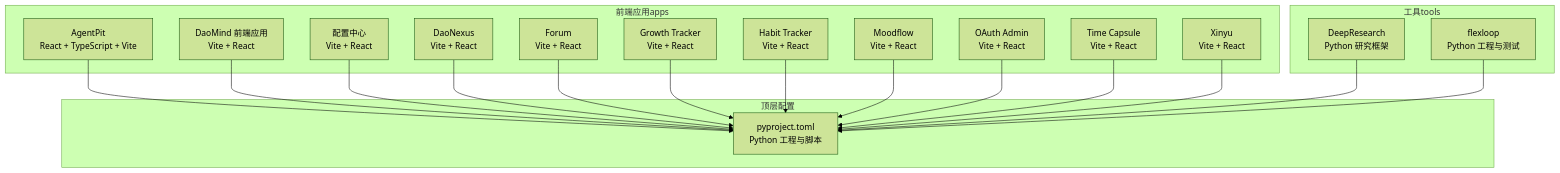
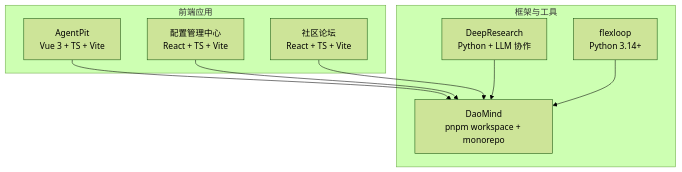
Before and after one commit to daoApps/daoApps: the first of 9 diagrams in .qoder/repowiki/zh/content/快速开始.md, drawn with Mermaid (forest theme). The commit also changed other lines of this file and 205 other files, not shown here.

````diff
--- a/.qoder/repowiki/zh/content/快速开始.md
+++ b/.qoder/repowiki/zh/content/快速开始.md
@@ -43,36 +47,18 @@
 ```mermaid
 graph TB
-subgraph "前端应用apps"
-AgentPit["AgentPit<br/>React + TypeScript + Vite"]
-DaoMindApp["DaoMind 前端应用<br/>Vite + React"]
-ConfigCenter["配置中心<br/>Vite + React"]
-DaoNexus["DaoNexus<br/>Vite + React"]
-Forum["Forum<br/>Vite + React"]
-GrowthTracker["Growth Tracker<br/>Vite + React"]
-HabitTracker["Habit Tracker<br/>Vite + React"]
-Moodflow["Moodflow<br/>Vite + React"]
-OAuthAdmin["OAuth Admin<br/>Vite + React"]
-TimeCapsule["Time Capsule<br/>Vite + React"]
-Xinyu["Xinyu<br/>Vite + React"]
+subgraph "前端应用"
+AP["AgentPit<br/>Vue 3 + TS + Vite"]
+CC["配置管理中心<br/>React + TS + Vite"]
+FOR["社区论坛<br/>React + TS + Vite"]
 end
-subgraph "工具tools"
-DeepResearch["DeepResearch<br/>Python 研究框架"]
-Flexloop["flexloop<br/>Python 工程与测试"]
+subgraph "框架与工具"
+DM["DaoMind<br/>pnpm workspace + monorepo"]
+DR["DeepResearch<br/>Python + LLM 协作"]
+FL["flexloop<br/>Python 3.14+"]
 end
-subgraph "顶层配置"
-PyProject["pyproject.toml<br/>Python 工程与脚本"]
-end
-AgentPit --> PyProject
-DaoMindApp --> PyProject
-ConfigCenter --> PyProject
-DaoNexus --> PyProject
-Forum --> PyProject
-GrowthTracker --> PyProject
-HabitTracker --> PyProject
-Moodflow --> PyProject
-OAuthAdmin --> PyProject
-TimeCapsule --> PyProject
-Xinyu --> PyProject
-DeepResearch --> PyProject
-Flexloop --> PyProject
+AP --> DM
+CC --> DM
+FOR --> DM
+DR --> DM
+FL --> DM
 ```
````
